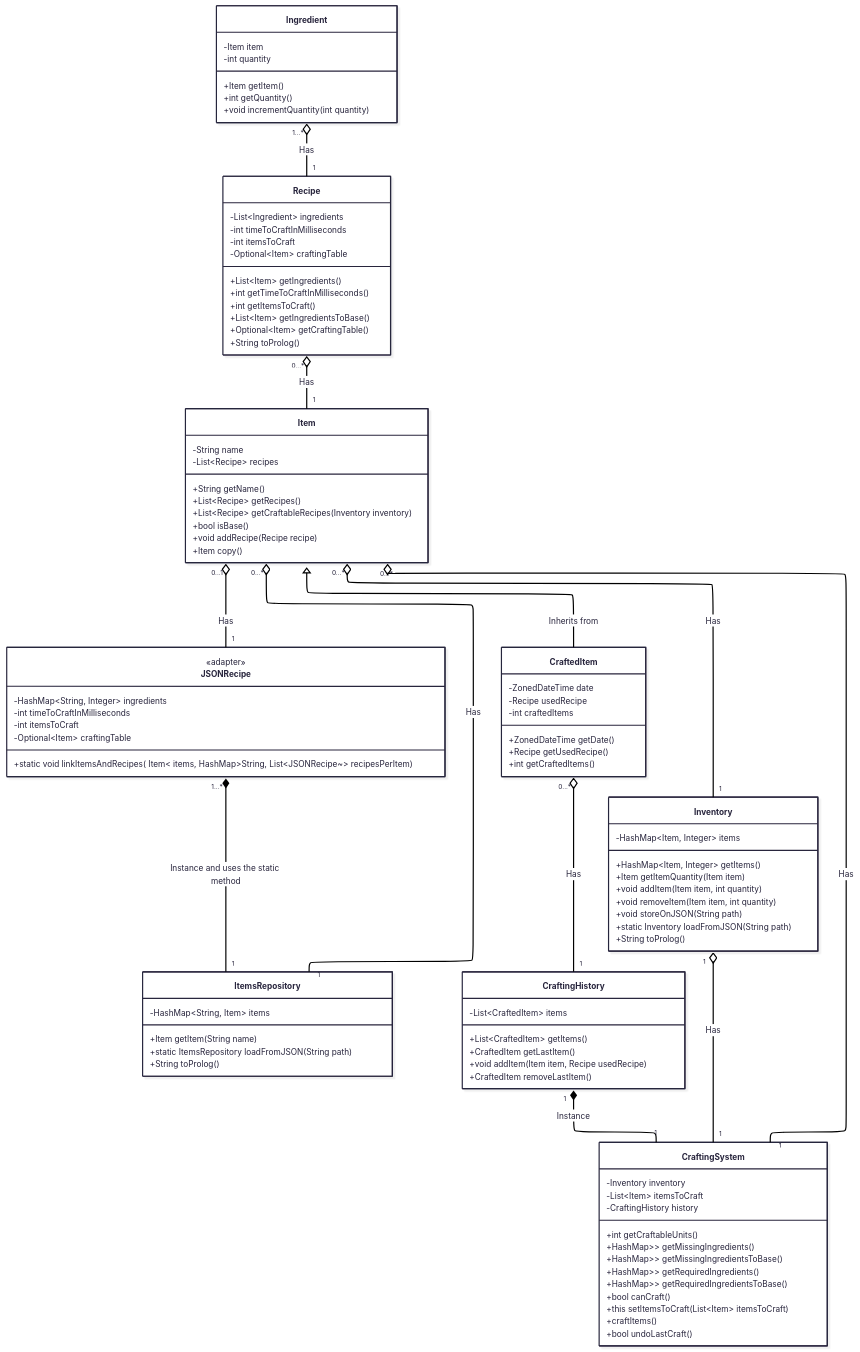
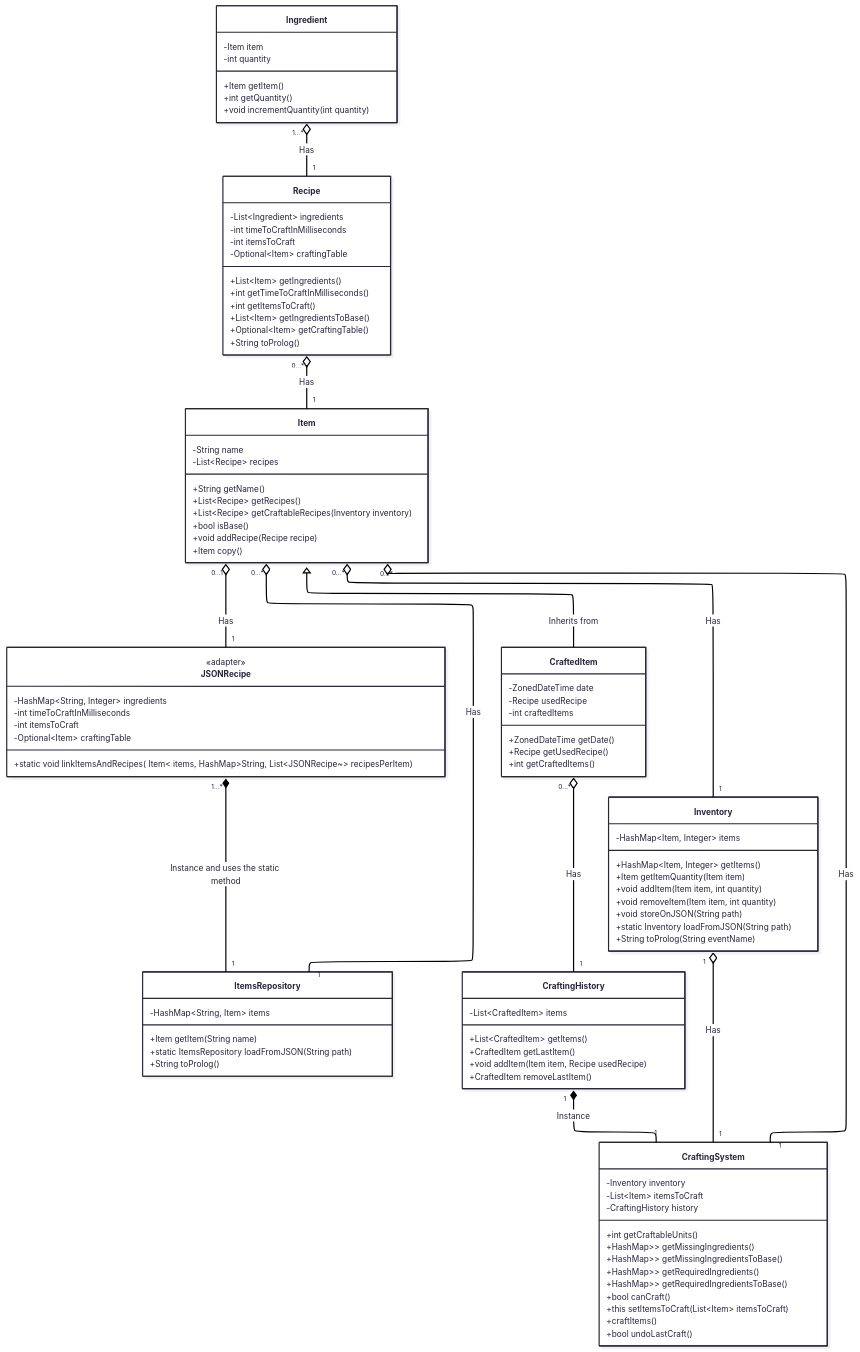
One commit to hozlucas28/Java-Practical-Work-2025 changed the first of 2 diagrams in README.md. Above: the diagram before and after it, drawn with Mermaid. The commit also changed 2 other files, not shown here.

Commit message:
feature(Inventory): develop logic of `toProlog` method

```diff
--- a/README.md
+++ b/README.md
@@ -158,7 +158,7 @@
 	    +void removeItem(Item item, int quantity)
         +void storeOnJSON(String path)
         +static Inventory loadFromJSON(String path)
-        +String toProlog()
+        +String toProlog(String eventName)
     }
 
     class CraftedItem {
```
